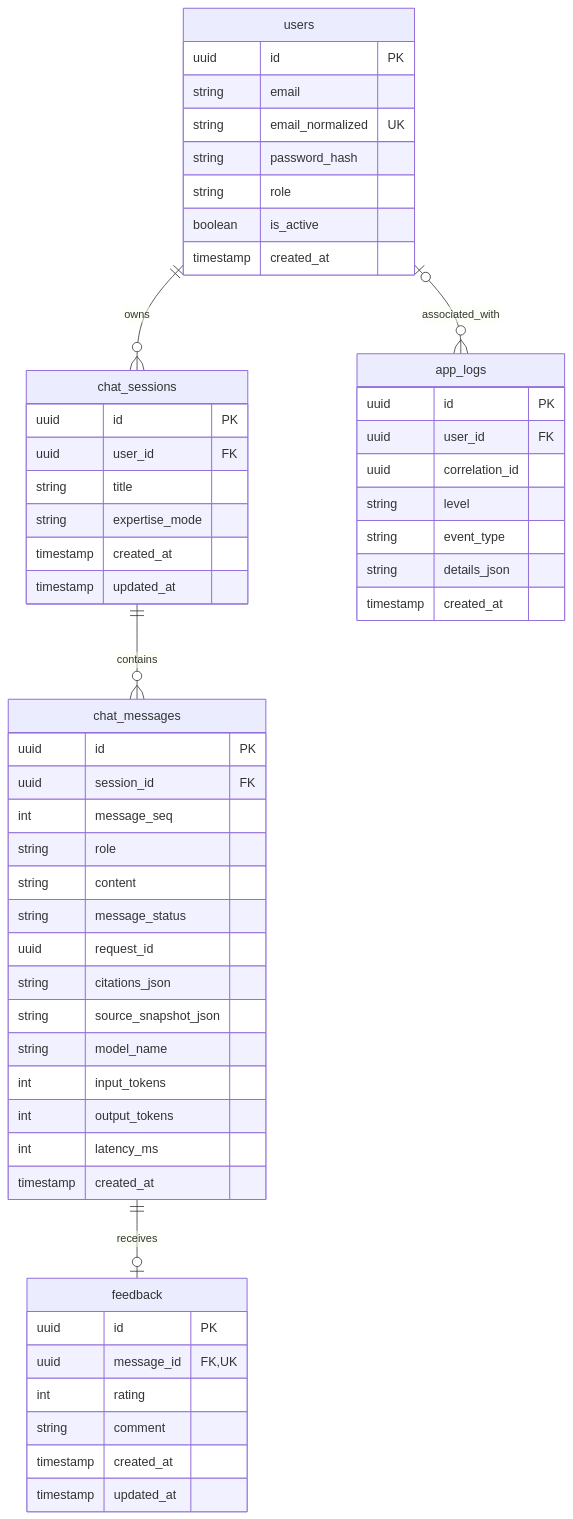
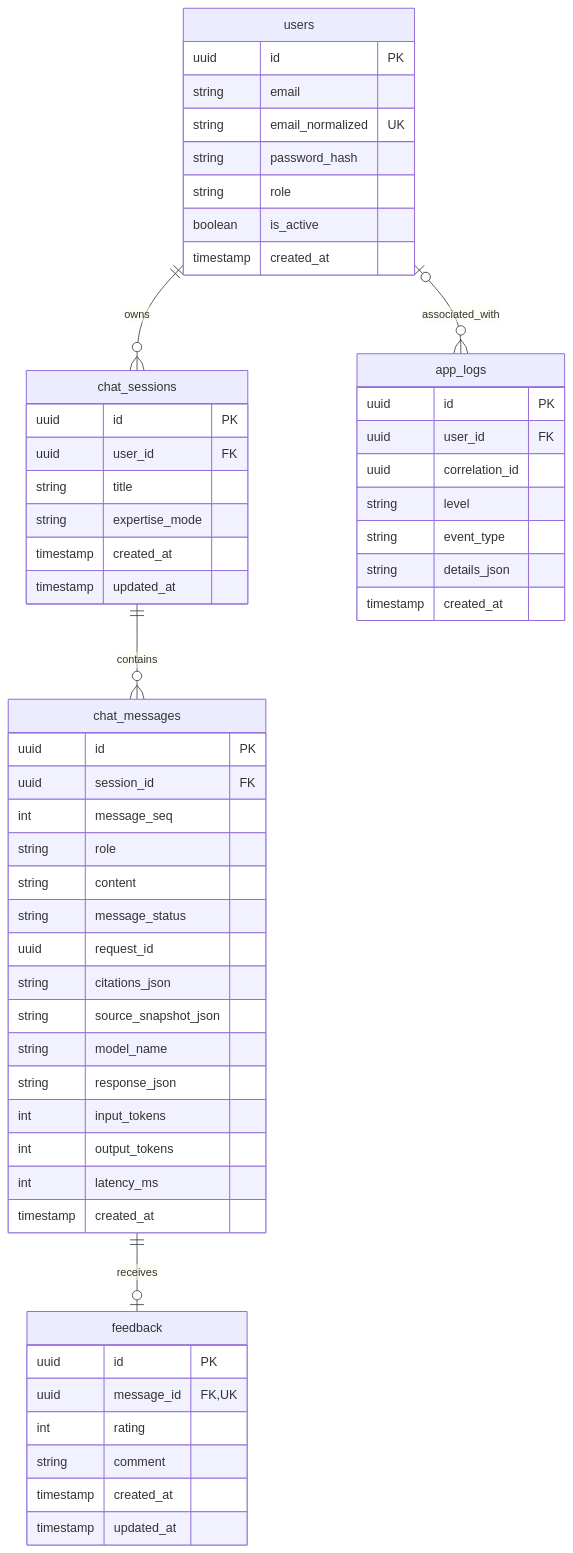
One commit to eminenurkazan/ai-muhendis-chatbot changed the second of 3 diagrams in docs/ER_Taslagi.md. Above: the diagram before and after it, drawn with Mermaid. The commit also changed other lines of this file and 3 other files, not shown here.

First line of the commit message:
docs: RAG akisi, ER, model secimi ve README'yi guncel sisteme esitle

````diff
--- a/docs/ER_Taslagi.md
+++ b/docs/ER_Taslagi.md
@@ -114,59 +128,60 @@
 ```mermaid
 erDiagram
     direction TB
     users ||--o{ chat_sessions : owns
     chat_sessions ||--o{ chat_messages : contains
     chat_messages ||--o| feedback : receives
     users o|--o{ app_logs : associated_with
 
     users {
         uuid id PK
         string email
         string email_normalized UK
         string password_hash
         string role
         boolean is_active
         timestamp created_at
     }
     chat_sessions {
         uuid id PK
         uuid user_id FK
         string title
         string expertise_mode
         timestamp created_at
         timestamp updated_at
     }
     chat_messages {
         uuid id PK
         uuid session_id FK
         int message_seq
         string role
         string content
         string message_status
         uuid request_id
         string citations_json
         string source_snapshot_json
         string model_name
+        string response_json
         int input_tokens
         int output_tokens
         int latency_ms
         timestamp created_at
     }
     feedback {
         uuid id PK
         uuid message_id FK, UK
         int rating
         string comment
         timestamp created_at
         timestamp updated_at
     }
     app_logs {
         uuid id PK
         uuid user_id FK
         uuid correlation_id
         string level
         string event_type
         string details_json
         timestamp created_at
     }
 ```
````
